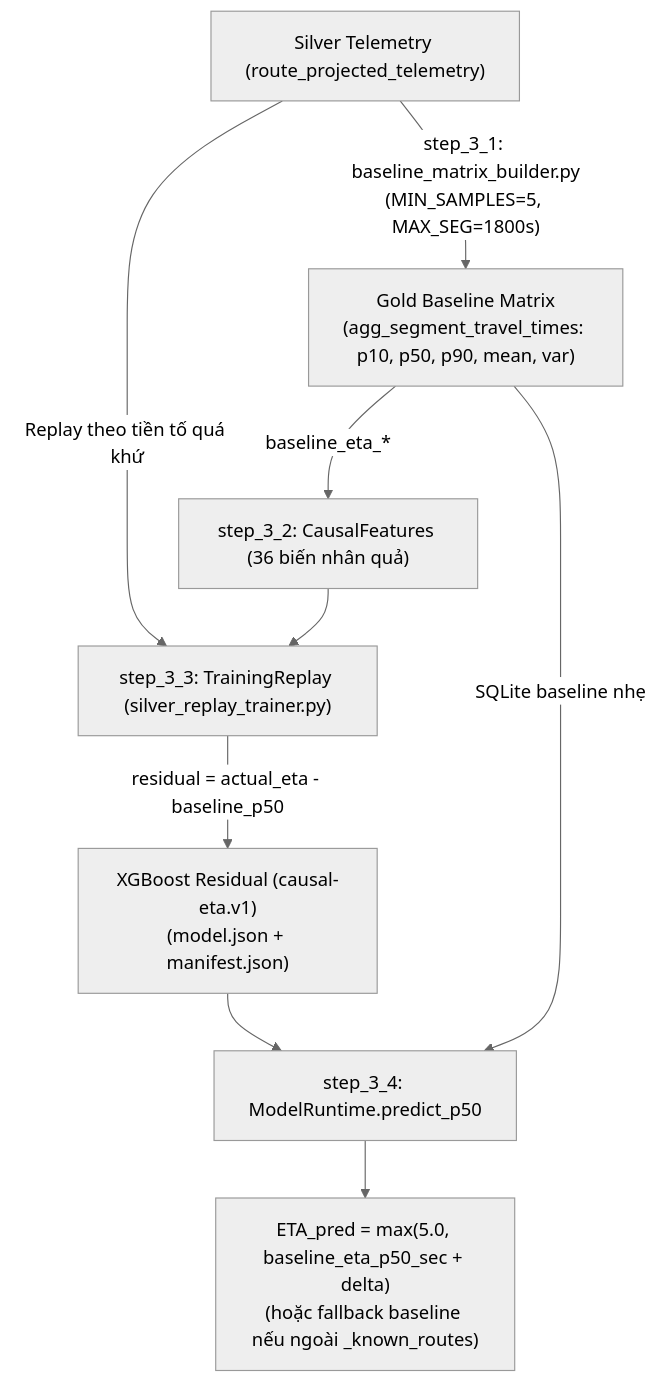
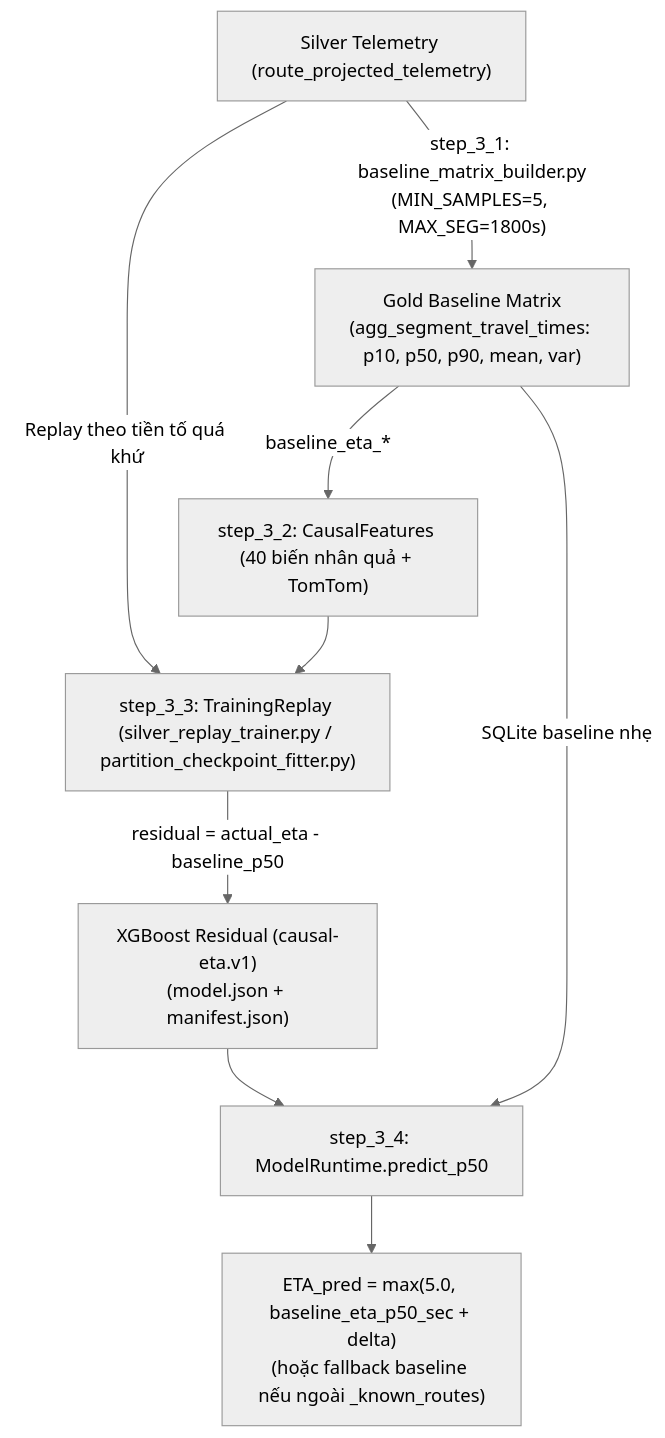
The diagram in docs/ETA_MODEL.md (toibinguz/Bus_tracking), drawn with Mermaid (neutral theme) before and after one commit. The commit also changed other lines of this file and 12 other files, not shown here.

````diff
--- a/docs/ETA_MODEL.md
+++ b/docs/ETA_MODEL.md
@@ -9,11 +9,11 @@
 ```mermaid
 flowchart TD
     SIL["Silver Telemetry (route_projected_telemetry)"] -->|"step_3_1: baseline_matrix_builder.py\n(MIN_SAMPLES=5, MAX_SEG=1800s)"| GOLD["Gold Baseline Matrix\n(agg_segment_travel_times: p10, p50, p90, mean, var)"]
-    GOLD -->|"baseline_eta_*"| CF["step_3_2: CausalFeatures (36 biến nhân quả)"]
-    SIL -->|"Replay theo tiền tố quá khứ"| REP["step_3_3: TrainingReplay (silver_replay_trainer.py)"]
+    GOLD -->|"baseline_eta_*"| CF["step_3_2: CausalFeatures (40 biến nhân quả + TomTom)"]
+    SIL -->|"Replay theo tiền tố quá khứ"| REP["step_3_3: TrainingReplay (silver_replay_trainer.py / partition_checkpoint_fitter.py)"]
     CF --> REP
     REP -->|"residual = actual_eta - baseline_p50"| XGB["XGBoost Residual (causal-eta.v1)\n(model.json + manifest.json)"]
     XGB --> MR["step_3_4: ModelRuntime.predict_p50"]
     GOLD -->|"SQLite baseline nhẹ"| MR
     MR --> OUT["ETA_pred = max(5.0, baseline_eta_p50_sec + delta)\n(hoặc fallback baseline nếu ngoài _known_routes)"]
 ```
````
